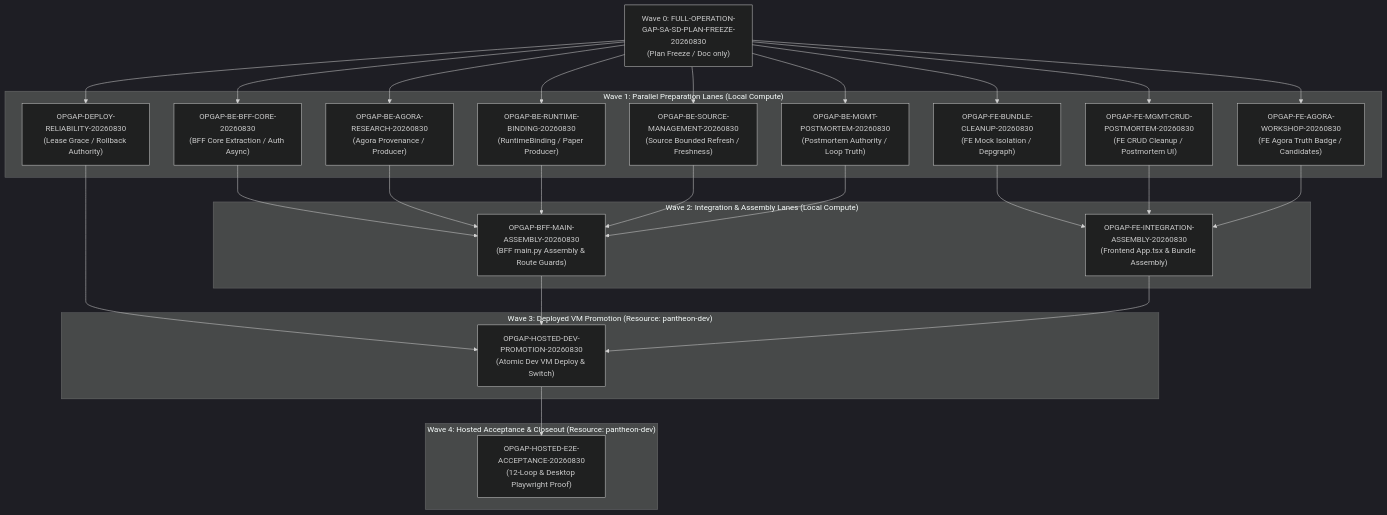
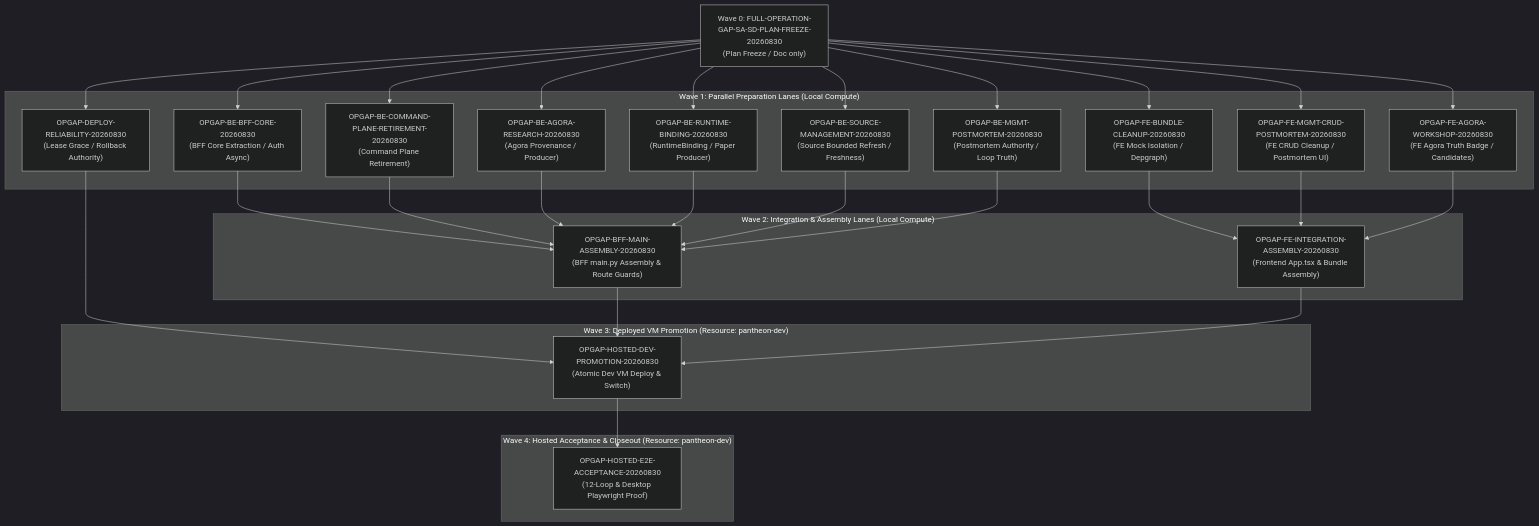
The diagram in docs/04/pantheon_full_product_operation_audit_2026-08-29/EXECUTION_DAG_2026-08-30.md (ajoe734/pantheon), drawn with Mermaid (dark theme) before and after one commit. The commit also changed other lines of this file and 4 other files, not shown here.

````diff
--- a/docs/04/pantheon_full_product_operation_audit_2026-08-29/EXECUTION_DAG_2026-08-30.md
+++ b/docs/04/pantheon_full_product_operation_audit_2026-08-29/EXECUTION_DAG_2026-08-30.md
@@ -34,55 +35,58 @@
 ```mermaid
 flowchart TD
     W0["Wave 0: FULL-OPERATION-GAP-SA-SD-PLAN-FREEZE-20260830<br/>(Plan Freeze / Doc only)"]
 
     subgraph Wave1 ["Wave 1: Parallel Preparation Lanes (Local Compute)"]
         T1["OPGAP-BE-BFF-CORE-20260830<br/>(BFF Core Extraction / Auth Async)"]
-        T2["OPGAP-BE-AGORA-RESEARCH-20260830<br/>(Agora Provenance / Producer)"]
-        T3["OPGAP-BE-RUNTIME-BINDING-20260830<br/>(RuntimeBinding / Paper Producer)"]
-        T4["OPGAP-BE-SOURCE-MANAGEMENT-20260830<br/>(Source Bounded Refresh / Freshness)"]
-        T5["OPGAP-BE-MGMT-POSTMORTEM-20260830<br/>(Postmortem Authority / Loop Truth)"]
-        T6["OPGAP-FE-BUNDLE-CLEANUP-20260830<br/>(FE Mock Isolation / Depgraph)"]
-        T7["OPGAP-FE-MGMT-CRUD-POSTMORTEM-20260830<br/>(FE CRUD Cleanup / Postmortem UI)"]
-        T8["OPGAP-FE-AGORA-WORKSHOP-20260830<br/>(FE Agora Truth Badge / Candidates)"]
-        T9["OPGAP-DEPLOY-RELIABILITY-20260830<br/>(Lease Grace / Rollback Authority)"]
+        T2["OPGAP-BE-COMMAND-PLANE-RETIREMENT-20260830<br/>(Command Plane Retirement)"]
+        T3["OPGAP-BE-AGORA-RESEARCH-20260830<br/>(Agora Provenance / Producer)"]
+        T4["OPGAP-BE-RUNTIME-BINDING-20260830<br/>(RuntimeBinding / Paper Producer)"]
+        T5["OPGAP-BE-SOURCE-MANAGEMENT-20260830<br/>(Source Bounded Refresh / Freshness)"]
+        T6["OPGAP-BE-MGMT-POSTMORTEM-20260830<br/>(Postmortem Authority / Loop Truth)"]
+        T7["OPGAP-FE-BUNDLE-CLEANUP-20260830<br/>(FE Mock Isolation / Depgraph)"]
+        T8["OPGAP-FE-MGMT-CRUD-POSTMORTEM-20260830<br/>(FE CRUD Cleanup / Postmortem UI)"]
+        T9["OPGAP-FE-AGORA-WORKSHOP-20260830<br/>(FE Agora Truth Badge / Candidates)"]
+        T10["OPGAP-DEPLOY-RELIABILITY-20260830<br/>(Lease Grace / Rollback Authority)"]
     end
 
     subgraph Wave2 ["Wave 2: Integration & Assembly Lanes (Local Compute)"]
-        T10["OPGAP-BFF-MAIN-ASSEMBLY-20260830<br/>(BFF main.py Assembly & Route Guards)"]
-        T11["OPGAP-FE-INTEGRATION-ASSEMBLY-20260830<br/>(Frontend App.tsx & Bundle Assembly)"]
+        T11["OPGAP-BFF-MAIN-ASSEMBLY-20260830<br/>(BFF main.py Assembly & Route Guards)"]
+        T12["OPGAP-FE-INTEGRATION-ASSEMBLY-20260830<br/>(Frontend App.tsx & Bundle Assembly)"]
     end
 
     subgraph Wave3 ["Wave 3: Deployed VM Promotion (Resource: pantheon-dev)"]
-        T12["OPGAP-HOSTED-DEV-PROMOTION-20260830<br/>(Atomic Dev VM Deploy & Switch)"]
+        T13["OPGAP-HOSTED-DEV-PROMOTION-20260830<br/>(Atomic Dev VM Deploy & Switch)"]
     end
 
     subgraph Wave4 ["Wave 4: Hosted Acceptance & Closeout (Resource: pantheon-dev)"]
-        T13["OPGAP-HOSTED-E2E-ACCEPTANCE-20260830<br/>(12-Loop & Desktop Playwright Proof)"]
+        T14["OPGAP-HOSTED-E2E-ACCEPTANCE-20260830<br/>(12-Loop & Desktop Playwright Proof)"]
     end
 
     W0 --> T1
     W0 --> T2
     W0 --> T3
     W0 --> T4
     W0 --> T5
     W0 --> T6
     W0 --> T7
     W0 --> T8
     W0 --> T9
+    W0 --> T10
 
-    T1 --> T10
-    T2 --> T10
-    T3 --> T10
-    T4 --> T10
-    T5 --> T10
+    T1 --> T11
+    T2 --> T11
+    T3 --> T11
+    T4 --> T11
+    T5 --> T11
+    T6 --> T11
 
-    T6 --> T11
-    T7 --> T11
-    T8 --> T11
+    T7 --> T12
+    T8 --> T12
+    T9 --> T12
 
-    T9 --> T12
-    T10 --> T12
-    T11 --> T12
+    T10 --> T13
+    T11 --> T13
+    T12 --> T13
 
-    T12 --> T13
+    T13 --> T14
 ```
````
